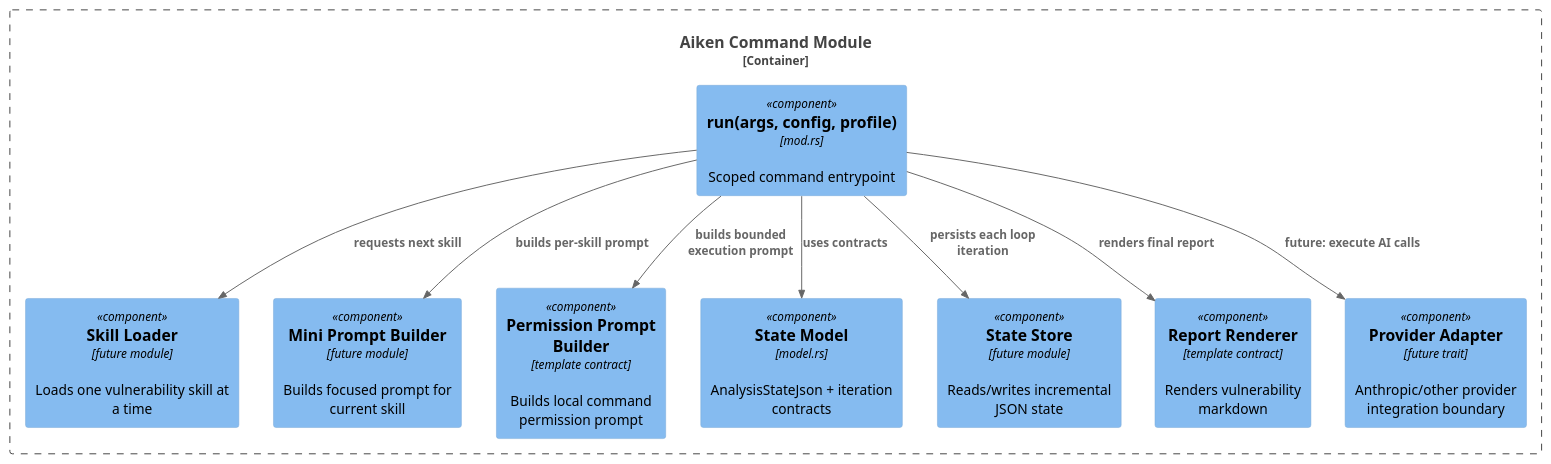
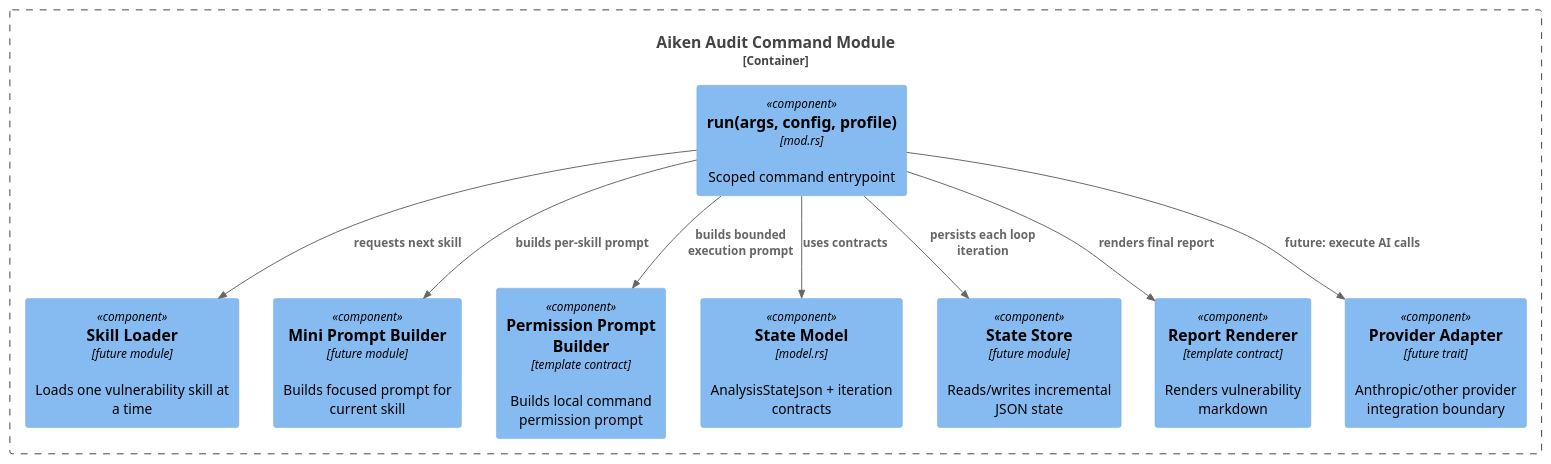
The diagram in design/003-assets/c4-component.puml (tx3-lang/trix), drawn with PlantUML before and after one commit. The commit also changed 20 other files, not shown here.

```diff
--- a/design/003-assets/c4-component.puml
+++ b/design/003-assets/c4-component.puml
@@ -1,23 +1,23 @@
 @startuml C4_Component_AikenVuln
 !include https://raw.githubusercontent.com/plantuml-stdlib/C4-PlantUML/master/C4_Component.puml
 
-Container_Boundary(aiken, "Aiken Command Module") {
+Container_Boundary(aiken, "Aiken Audit Command Module") {
   Component(cmd, "run(args, config, profile)", "mod.rs", "Scoped command entrypoint")
   Component(skill_loader, "Skill Loader", "future module", "Loads one vulnerability skill at a time")
   Component(mini_prompt, "Mini Prompt Builder", "future module", "Builds focused prompt for current skill")
   Component(permission_prompt, "Permission Prompt Builder", "template contract", "Builds local command permission prompt")
   Component(state_model, "State Model", "model.rs", "AnalysisStateJson + iteration contracts")
   Component(state_store, "State Store", "future module", "Reads/writes incremental JSON state")
   Component(report_renderer, "Report Renderer", "template contract", "Renders vulnerability markdown")
   Component(provider_adapter, "Provider Adapter", "future trait", "Anthropic/other provider integration boundary")
 }
 
 Rel(cmd, skill_loader, "requests next skill")
 Rel(cmd, mini_prompt, "builds per-skill prompt")
 Rel(cmd, permission_prompt, "builds bounded execution prompt")
 Rel(cmd, state_model, "uses contracts")
 Rel(cmd, state_store, "persists each loop iteration")
 Rel(cmd, report_renderer, "renders final report")
 Rel(cmd, provider_adapter, "future: execute AI calls")
 
 @enduml
```
